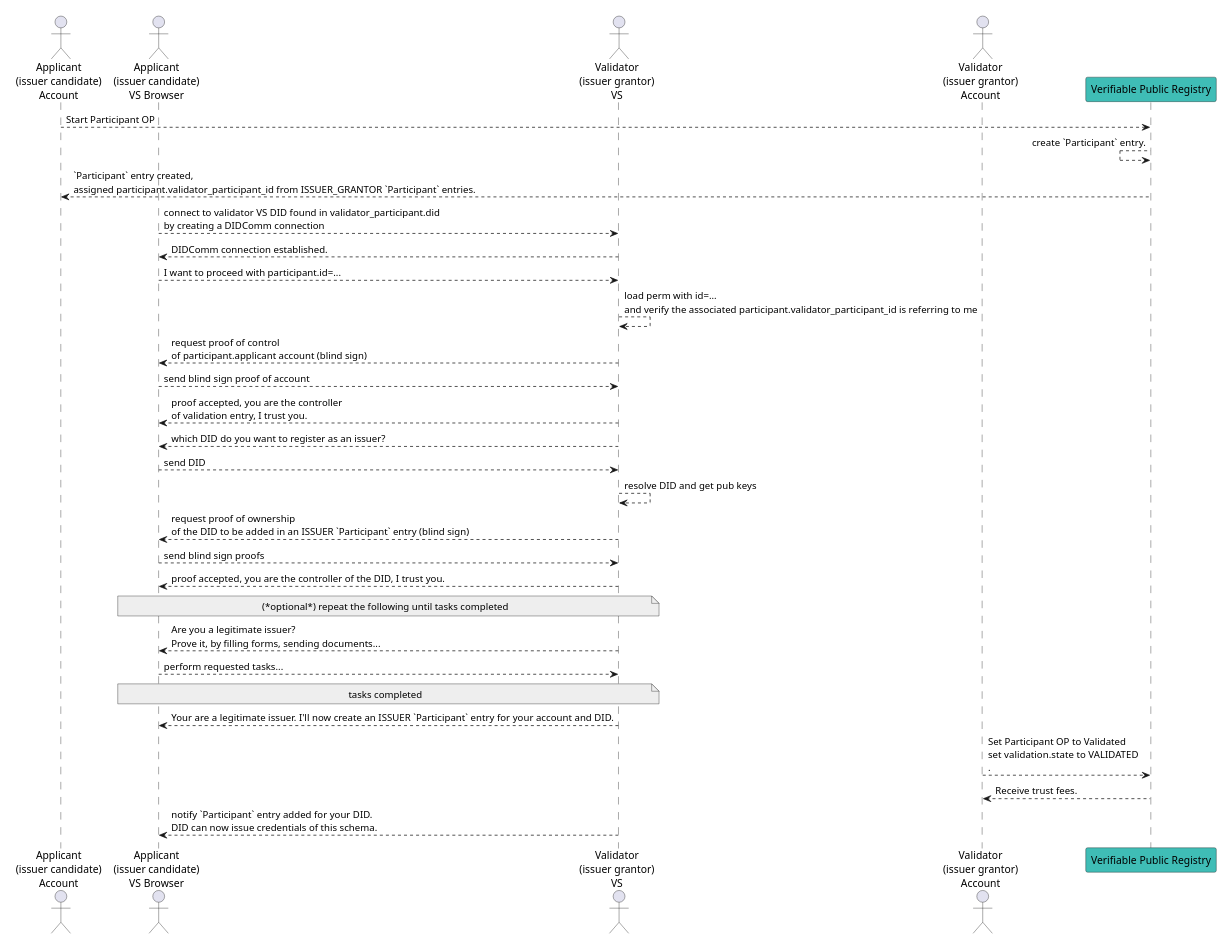
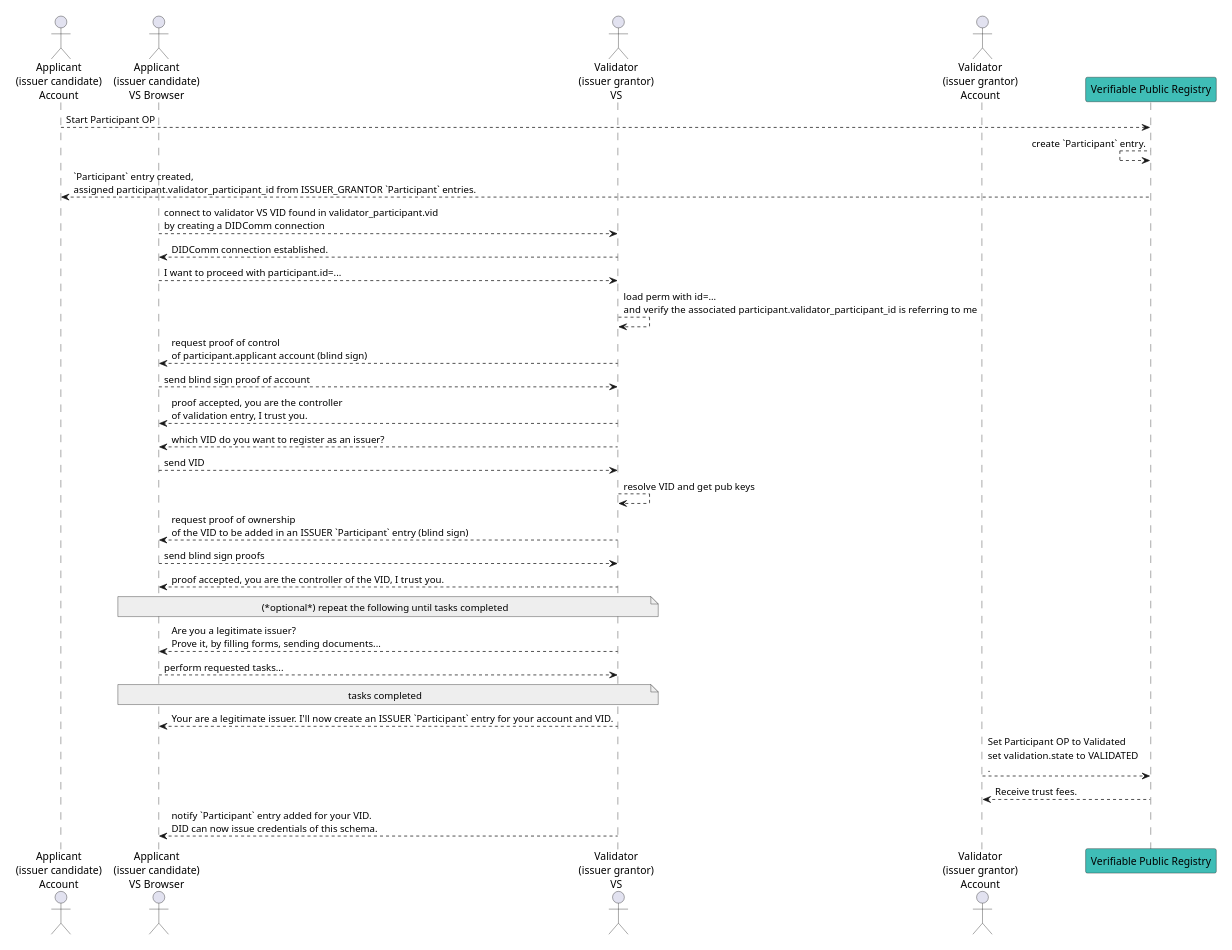
Diagram 21 of 21 in spec.md (verana-labs/verifiable-trust-vpr-spec), drawn with PlantUML before and after one commit. The commit also changed other lines of this file, not shown here.

First line of the commit message:
feat(spec): rename DID to VID (verifiable identifier) for TSP forward compatibility

````diff
--- a/spec.md
+++ b/spec.md
@@ -5219,35 +5219,35 @@
 ```plantuml
 scale max 800 width
 actor "Applicant\n(issuer candidate)\nAccount" as ApplicantAccount 
 actor "Applicant\n(issuer candidate)\nVS Browser" as ApplicantBrowser 
 
 actor "Validator\n(issuer grantor)\nVS" as ValidatorVS
 actor "Validator\n(issuer grantor)\nAccount" as ValidatorAccount
 
 participant "Verifiable Public Registry" as VPR #3fbdb6
 
 ApplicantAccount --> VPR: Start Participant OP
 VPR <-- VPR: create `Participant` entry.
 ApplicantAccount <-- VPR: `Participant` entry created,\nassigned participant.validator_participant_id from ISSUER_GRANTOR `Participant` entries.
-ApplicantBrowser --> ValidatorVS: connect to validator VS DID found in validator_participant.did\nby creating a DIDComm connection
+ApplicantBrowser --> ValidatorVS: connect to validator VS VID found in validator_participant.vid\nby creating a DIDComm connection
 ApplicantBrowser <-- ValidatorVS: DIDComm connection established.
 ApplicantBrowser --> ValidatorVS: I want to proceed with participant.id=...
 ValidatorVS --> ValidatorVS: load perm with id=...\nand verify the associated participant.validator_participant_id is referring to me
 ApplicantBrowser <-- ValidatorVS: request proof of control\nof participant.applicant account (blind sign)
 ApplicantBrowser --> ValidatorVS: send blind sign proof of account
 ApplicantBrowser <-- ValidatorVS: proof accepted, you are the controller\nof validation entry, I trust you.
-ApplicantBrowser <-- ValidatorVS: which DID do you want to register as an issuer?
-ApplicantBrowser --> ValidatorVS: send DID
-ValidatorVS --> ValidatorVS: resolve DID and get pub keys
-ApplicantBrowser <-- ValidatorVS: request proof of ownership\nof the DID to be added in an ISSUER `Participant` entry (blind sign)
+ApplicantBrowser <-- ValidatorVS: which VID do you want to register as an issuer?
+ApplicantBrowser --> ValidatorVS: send VID
+ValidatorVS --> ValidatorVS: resolve VID and get pub keys
+ApplicantBrowser <-- ValidatorVS: request proof of ownership\nof the VID to be added in an ISSUER `Participant` entry (blind sign)
 ApplicantBrowser --> ValidatorVS: send blind sign proofs
-ApplicantBrowser <-- ValidatorVS: proof accepted, you are the controller of the DID, I trust you.
+ApplicantBrowser <-- ValidatorVS: proof accepted, you are the controller of the VID, I trust you.
 note over ApplicantBrowser, ValidatorVS #EEEEEE: (*optional*) repeat the following until tasks completed
 ApplicantBrowser <-- ValidatorVS: Are you a legitimate issuer?\nProve it, by filling forms, sending documents...
 ApplicantBrowser --> ValidatorVS: perform requested tasks...
 note over ApplicantBrowser, ValidatorVS #EEEEEE: tasks completed
-ApplicantBrowser <-- ValidatorVS: Your are a legitimate issuer. I'll now create an ISSUER `Participant` entry for your account and DID.
+ApplicantBrowser <-- ValidatorVS: Your are a legitimate issuer. I'll now create an ISSUER `Participant` entry for your account and VID.
 ValidatorAccount --> VPR #3fbdb6: Set Participant OP to Validated\nset validation.state to VALIDATED\n.
 VPR --> ValidatorAccount: Receive trust fees.
-ApplicantBrowser <-- ValidatorVS: notify `Participant` entry added for your DID.\nDID can now issue credentials of this schema.
+ApplicantBrowser <-- ValidatorVS: notify `Participant` entry added for your VID.\nDID can now issue credentials of this schema.
 ```
````
